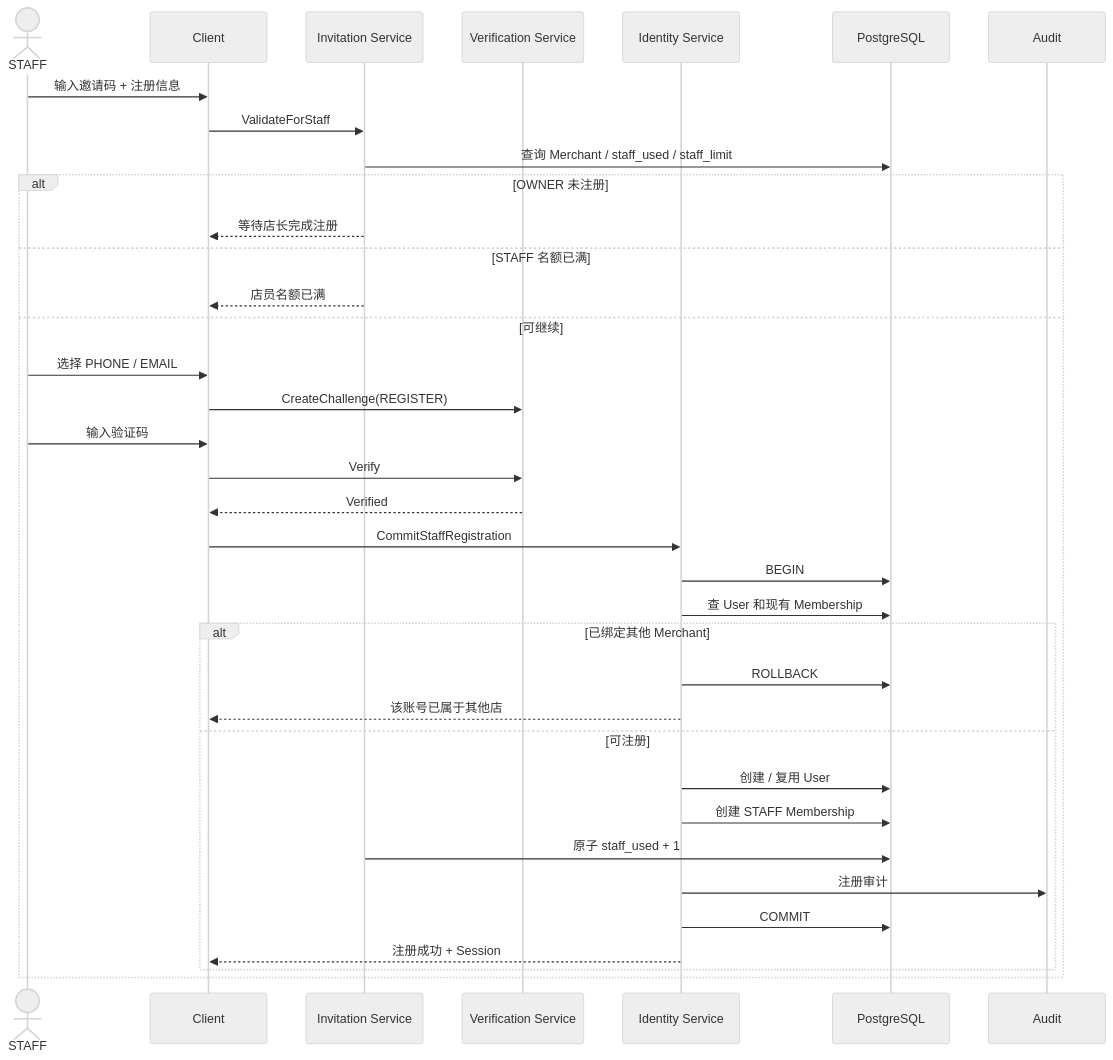
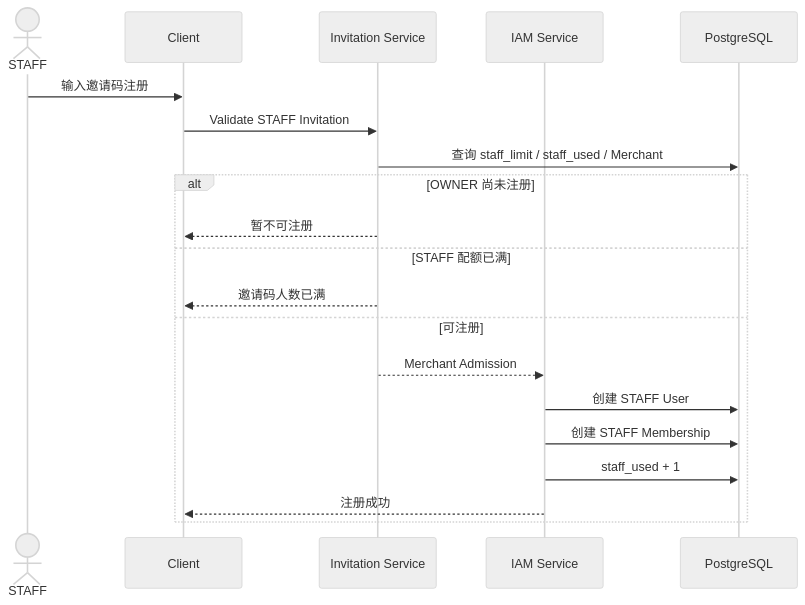
Before and after one commit to sxyq/mastergoods: the seventh of 14 diagrams in docs/system-design/01-账户与身份/01-注册与邀请码.md, drawn with Mermaid (neutral theme). The commit also changed other lines of this file and 12 other files, not shown here.

Commit message:
docs(system-design): sync detailed design and explain flows

````diff
--- a/docs/system-design/01-账户与身份/01-注册与邀请码.md
+++ b/docs/system-design/01-账户与身份/01-注册与邀请码.md
@@ -127,42 +261,24 @@
 ```mermaid
 sequenceDiagram
     actor S as STAFF
     participant C as Client
     participant INV as Invitation Service
-    participant VERIFY as Verification Service
-    participant IAM as Identity Service
+    participant IAM as IAM Service
     participant DB as PostgreSQL
-    participant AUDIT as Audit
 
-    S->>C: 输入邀请码 + 注册信息
-    C->>INV: ValidateForStaff
-    INV->>DB: 查询 Merchant / staff_used / staff_limit
+    S->>C: 输入邀请码注册
+    C->>INV: Validate STAFF Invitation
+    INV->>DB: 查询 staff_limit / staff_used / Merchant
 
-    alt OWNER 未注册
-        INV-->>C: 等待店长完成注册
-    else STAFF 名额已满
-        INV-->>C: 店员名额已满
-    else 可继续
-        S->>C: 选择 PHONE / EMAIL
-        C->>VERIFY: CreateChallenge(REGISTER)
-        S->>C: 输入验证码
-        C->>VERIFY: Verify
-        VERIFY-->>C: Verified
-
-        C->>IAM: CommitStaffRegistration
-        IAM->>DB: BEGIN
-        IAM->>DB: 查 User 和现有 Membership
-
-        alt 已绑定其他 Merchant
-            IAM->>DB: ROLLBACK
-            IAM-->>C: 该账号已属于其他店
-        else 可注册
-            IAM->>DB: 创建 / 复用 User
-            IAM->>DB: 创建 STAFF Membership
-            INV->>DB: 原子 staff_used + 1
-            IAM->>AUDIT: 注册审计
-            IAM->>DB: COMMIT
-            IAM-->>C: 注册成功 + Session
-        end
+    alt OWNER 尚未注册
+        INV-->>C: 暂不可注册
+    else STAFF 配额已满
+        INV-->>C: 邀请码人数已满
+    else 可注册
+        INV-->>IAM: Merchant Admission
+        IAM->>DB: 创建 STAFF User
+        IAM->>DB: 创建 STAFF Membership
+        IAM->>DB: staff_used + 1
+        IAM-->>C: 注册成功
     end
 ```
````
